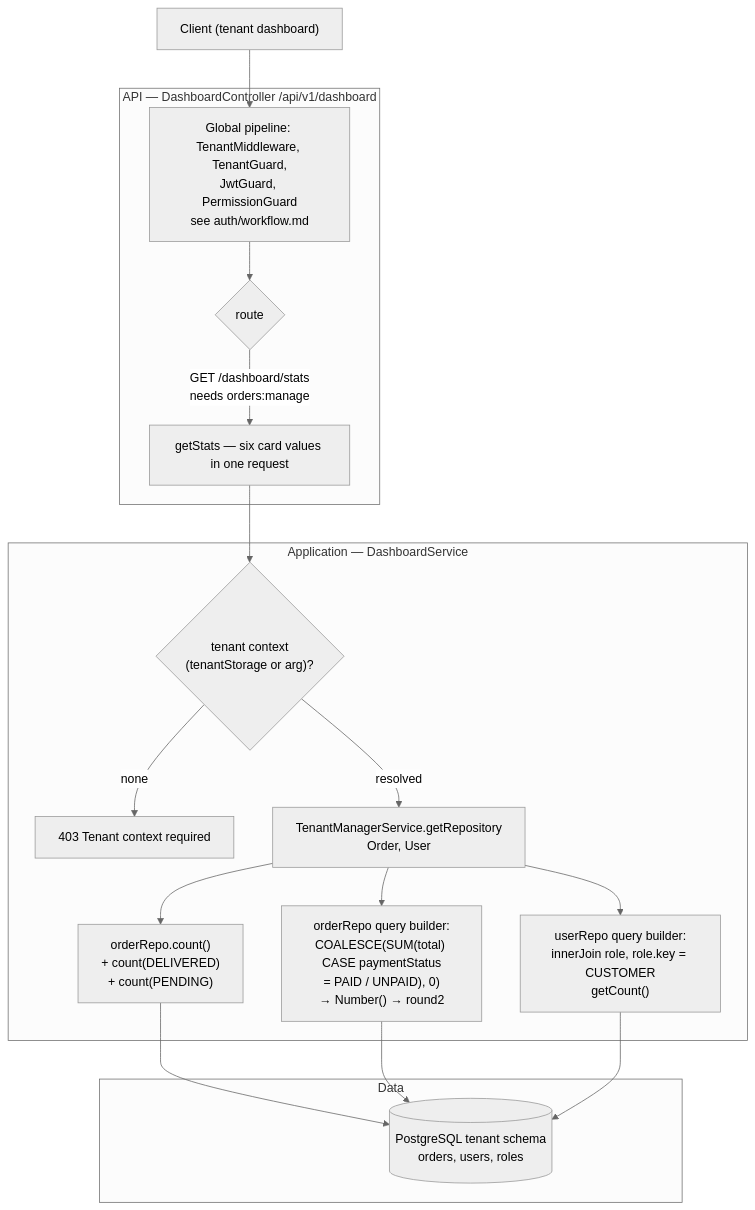
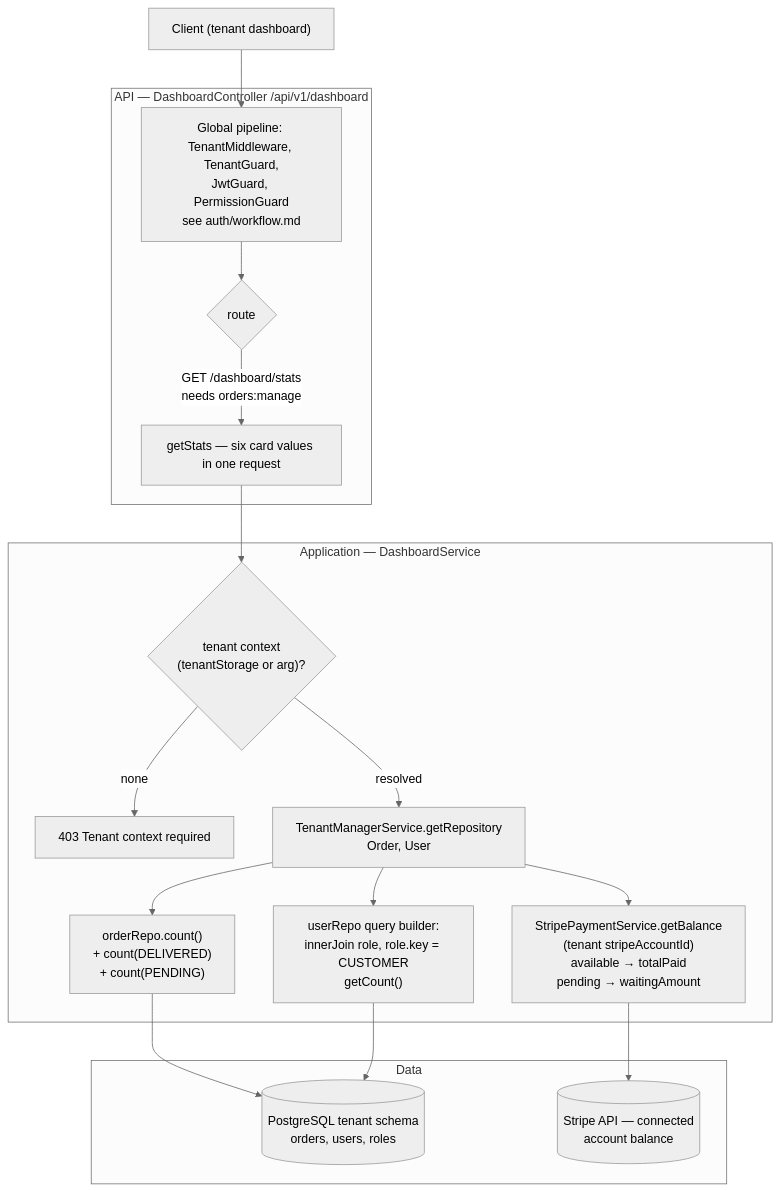
Before and after one commit to DevBassel/saas_commerce: the first of 2 diagrams in apps/api/src/modules/dashboard/workflow.md, drawn with Mermaid (neutral theme). The commit also changed other lines of this file and 18 other files, not shown here.

````diff
--- a/apps/api/src/modules/dashboard/workflow.md
+++ b/apps/api/src/modules/dashboard/workflow.md
@@ -1,24 +1,24 @@
 ```mermaid
 flowchart TD
     Client["Client (tenant dashboard)"] --> GUARDS["Global pipeline: TenantMiddleware, TenantGuard,<br/>JwtGuard, PermissionGuard<br/>see auth/workflow.md"]
 
     subgraph API["API — DashboardController /api/v1/dashboard"]
         GUARDS --> RO{"route"}
         RO -->|"GET /dashboard/stats<br/>needs orders:manage"| GS["getStats — six card values in one request"]
     end
 
     subgraph APP["Application — DashboardService"]
         GS --> TRT{"tenant context<br/>(tenantStorage or arg)?"}
         TRT -->|"none"| TRTE["403 Tenant context required"]
         TRT -->|"resolved"| TM["TenantManagerService.getRepository<br/>Order, User"]
         TM --> CNT["orderRepo.count()<br/>+ count(DELIVERED)<br/>+ count(PENDING)"]
-        TM --> SUM["orderRepo query builder:<br/>COALESCE(SUM(total) CASE paymentStatus<br/>= PAID / UNPAID), 0)<br/>→ Number() → round2"]
+        TM --> BAL["StripePaymentService.getBalance<br/>(tenant stripeAccountId)<br/>available → totalPaid<br/>pending → waitingAmount"]
         TM --> CUS["userRepo query builder:<br/>innerJoin role, role.key = CUSTOMER<br/>getCount()"]
     end
 
     subgraph DATA["Data"]
         CNT --> TDB[("PostgreSQL tenant schema<br/>orders, users, roles")]
-        SUM --> TDB
         CUS --> TDB
+        BAL --> SA[("Stripe API — connected<br/>account balance")]
     end
 ```
````
